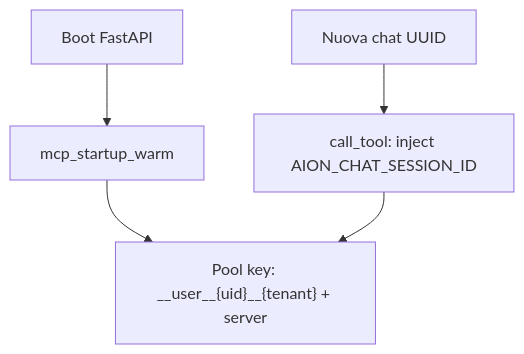
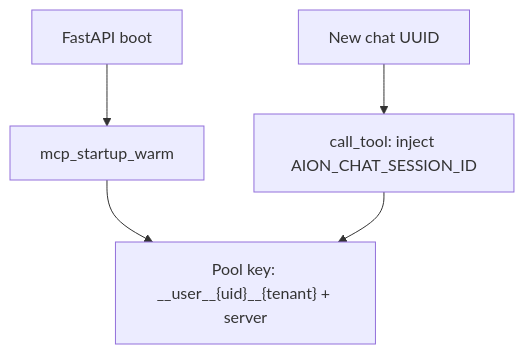
One commit to AION-by-ASA-Computer/AION_Agent changed the second of 2 diagrams in docs/mcp/registry.md. Above: the diagram before and after it, drawn with Mermaid. The commit also changed other lines of this file and 137 other files, not shown here.

````diff
--- a/docs/mcp/registry.md
+++ b/docs/mcp/registry.md
@@ -111,13 +115,13 @@
 ```mermaid
 graph TD
-    API[Boot FastAPI]
+    API[FastAPI boot]
     WARM[mcp_startup_warm]
     POOL["Pool key: __user__{uid}__{tenant} + server"]
-    CHAT[Nuova chat UUID]
+    CHAT[New chat UUID]
     INJECT["call_tool: inject AION_CHAT_SESSION_ID"]
-    
+
     API --> WARM
     WARM --> POOL
     CHAT --> INJECT
     INJECT --> POOL
 ```
````
